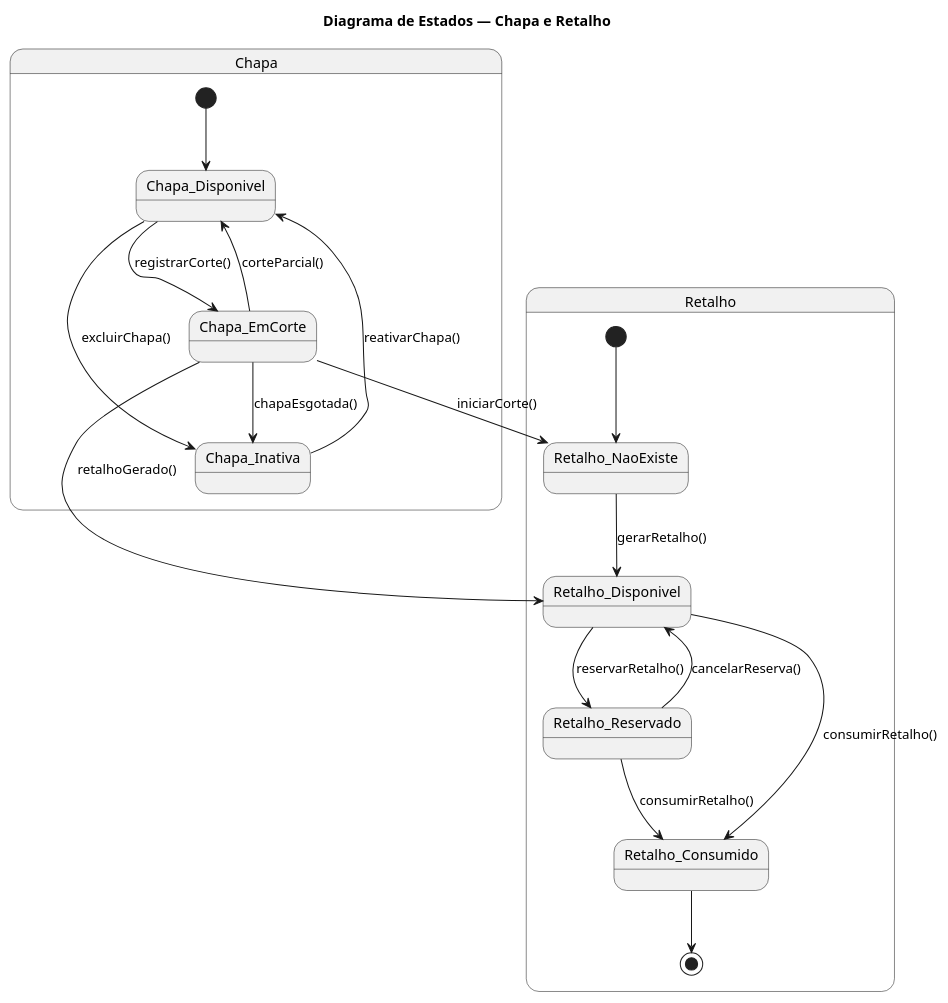
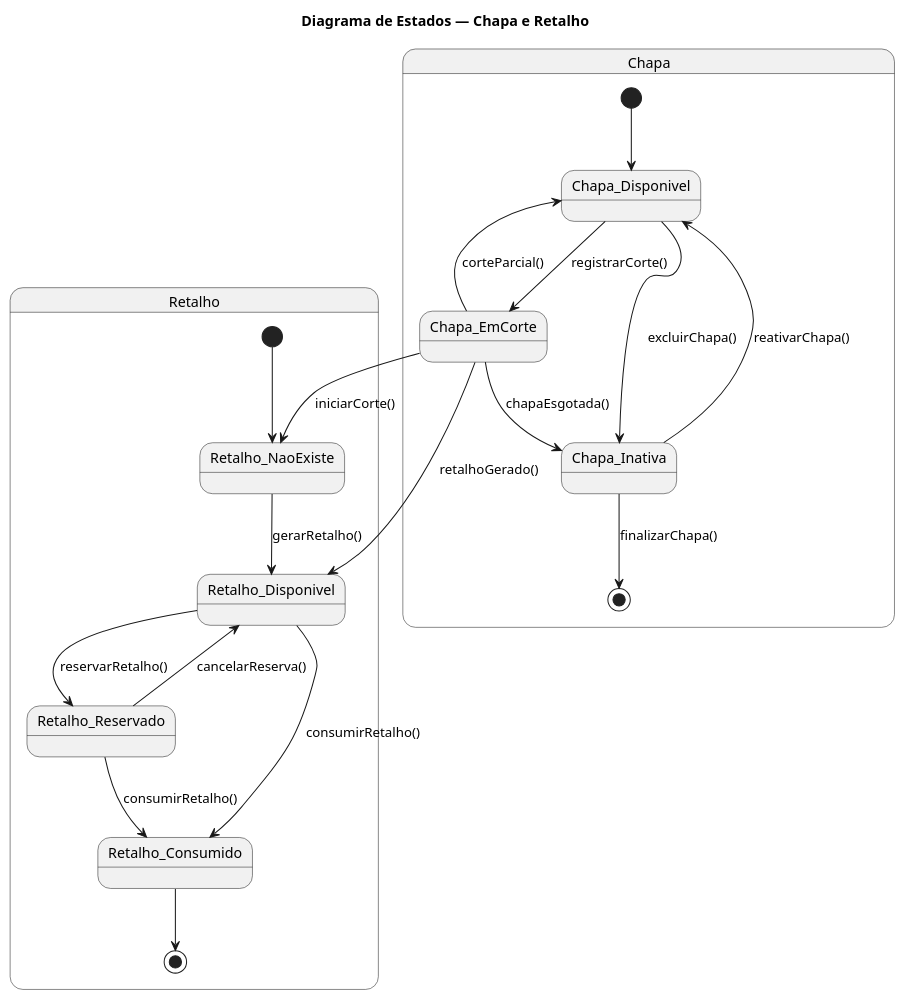
The third of 3 diagrams in DIAGRAMA_ESTADOS.md (WlFerrari/TetusManager), drawn with PlantUML before and after one commit. The commit also changed other lines of this file and 3 other files, not shown here.

````diff
--- a/DIAGRAMA_ESTADOS.md
+++ b/DIAGRAMA_ESTADOS.md
@@ -46,28 +47,29 @@
 ```plantuml
 @startuml
 title Diagrama de Estados — Chapa e Retalho
 
 state Chapa {
   [*] --> Chapa_Disponivel
   Chapa_Disponivel --> Chapa_EmCorte : registrarCorte()
   Chapa_EmCorte --> Chapa_Disponivel : corteParcial()
   Chapa_EmCorte --> Chapa_Inativa : chapaEsgotada()
   Chapa_Disponivel --> Chapa_Inativa : excluirChapa()
   Chapa_Inativa --> Chapa_Disponivel : reativarChapa()
+  Chapa_Inativa --> [*] : finalizarChapa()
 }
 
 state Retalho {
   [*] --> Retalho_NaoExiste
   Retalho_NaoExiste --> Retalho_Disponivel : gerarRetalho()
   Retalho_Disponivel --> Retalho_Reservado : reservarRetalho()
   Retalho_Reservado --> Retalho_Disponivel : cancelarReserva()
   Retalho_Disponivel --> Retalho_Consumido : consumirRetalho()
   Retalho_Reservado --> Retalho_Consumido : consumirRetalho()
   Retalho_Consumido --> [*]
 }
 
 Chapa_EmCorte --> Retalho_NaoExiste : iniciarCorte()
 Chapa_EmCorte --> Retalho_Disponivel : retalhoGerado()
 
 @enduml
 ```
````
